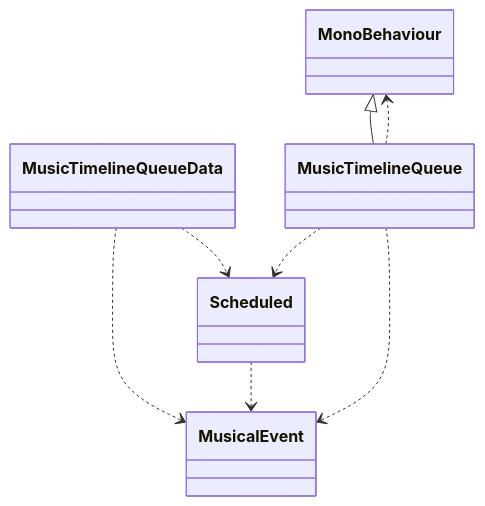
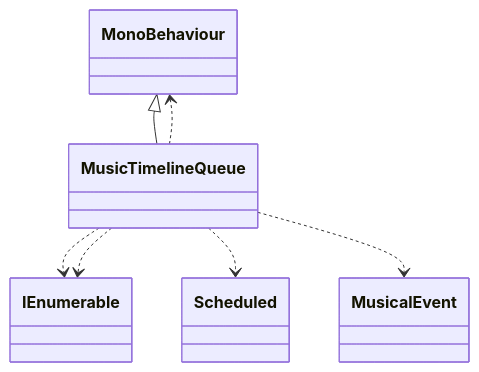
Diagram 11 of 39 in test/test.md (schnock-art/project_inspector), drawn with Mermaid before and after one commit. The commit also changed other lines of this file and 3 other files, not shown here.

````diff
--- a/test/test.md
+++ b/test/test.md
@@ -317,10 +301,9 @@
 ```mermaid
 classDiagram
-MusicTimelineQueueData ..> Scheduled
-MusicTimelineQueueData ..> MusicalEvent
-Scheduled ..> MusicalEvent
 MonoBehaviour <|-- MusicTimelineQueue
+MusicTimelineQueue ..> IEnumerable
+MusicTimelineQueue ..> MonoBehaviour
 MusicTimelineQueue ..> Scheduled
-MusicTimelineQueue ..> MonoBehaviour
+MusicTimelineQueue ..> IEnumerable
 MusicTimelineQueue ..> MusicalEvent
 ```
````
